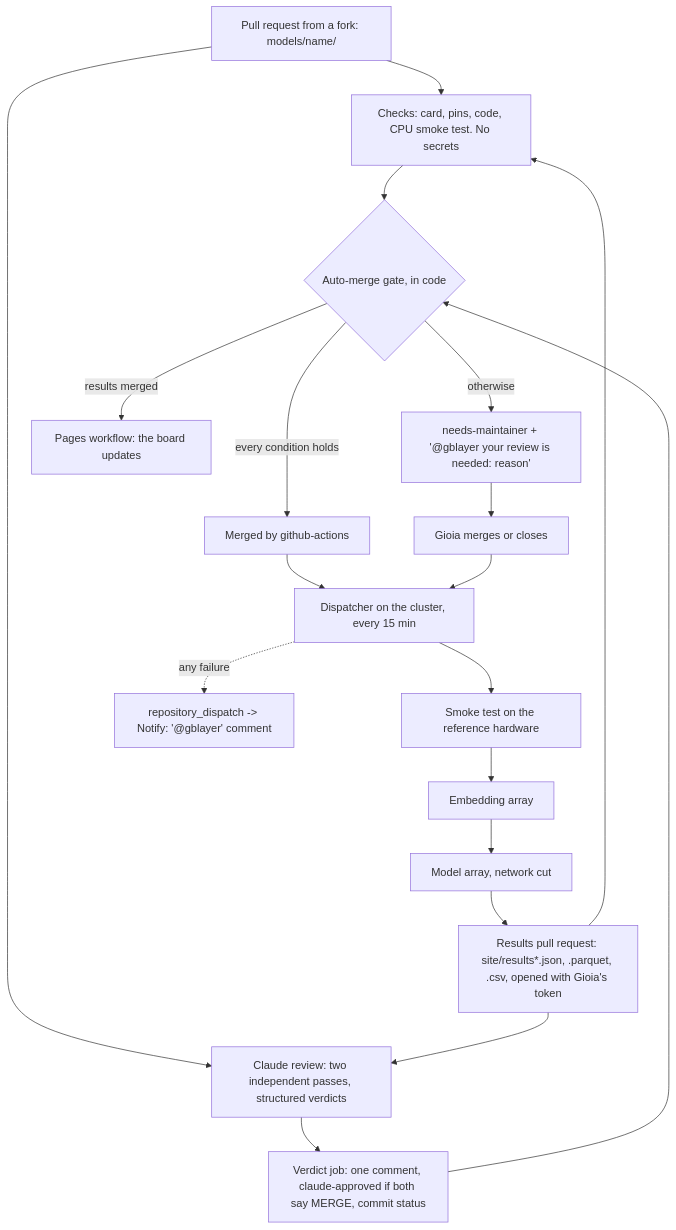
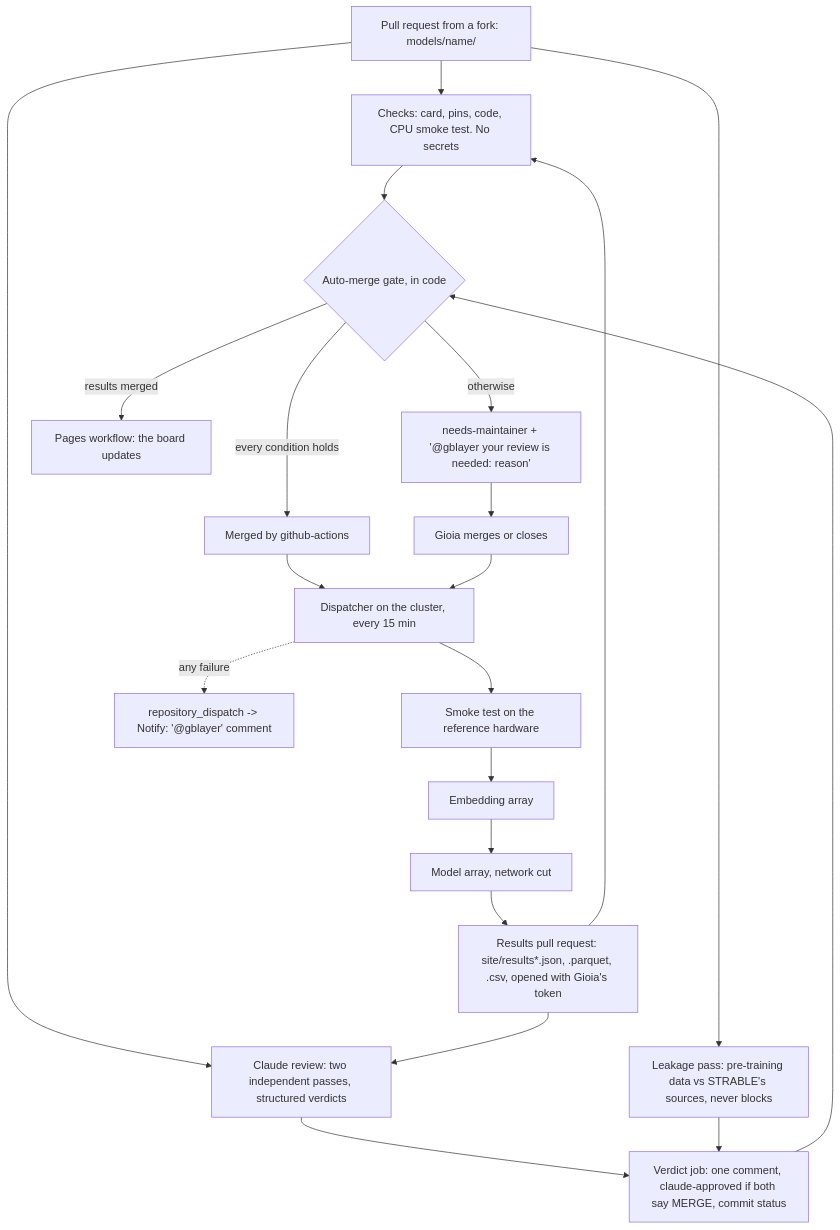
The diagram in docs/automation.md (gblayer/strable-leaderboard), drawn with Mermaid before and after one commit. The commit also changed other lines of this file and 12 other files, not shown here.

First line of the commit message:
Leakage review: a third, non-blocking pass on model pull requests, a label, and a flag for the board

````diff
--- a/docs/automation.md
+++ b/docs/automation.md
@@ -3,19 +3,21 @@
 ```mermaid
 flowchart TD
   A[Pull request from a fork: models/name/] --> B[Checks: card, pins, code, CPU smoke test. No secrets]
   A --> C[Claude review: two independent passes, structured verdicts]
+  A --> L[Leakage pass: pre-training data vs STRABLE's sources, never blocks]
   C --> D[Verdict job: one comment, claude-approved if both say MERGE, commit status]
+  L --> D
   B --> G{Auto-merge gate, in code}
   D --> G
   G -- every condition holds --> M[Merged by github-actions]
   G -- otherwise --> N["needs-maintainer + '@gblayer your review is needed: reason'"]
   N --> H[Gioia merges or closes]
   M --> R[Dispatcher on the cluster, every 15 min]
   H --> R
   R --> S[Smoke test on the reference hardware] --> E[Embedding array] --> J[Model array, network cut]
   J --> P[Results pull request: site/results*.json, .parquet, .csv, opened with Gioia's token]
   P --> B
   P --> C
   G -- results merged --> W[Pages workflow: the board updates]
   R -. any failure .-> F[repository_dispatch -> Notify: '@gblayer' comment]
 ```
````
